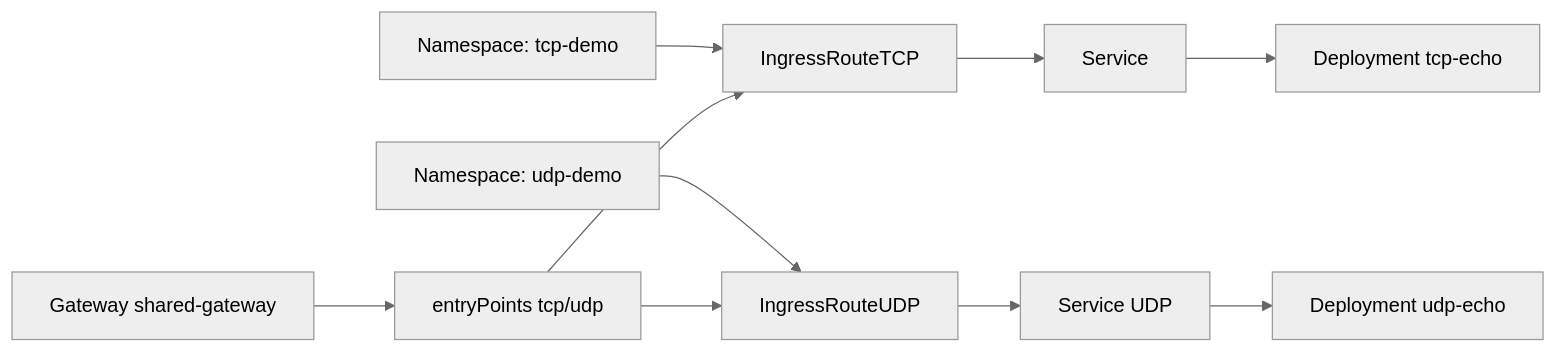
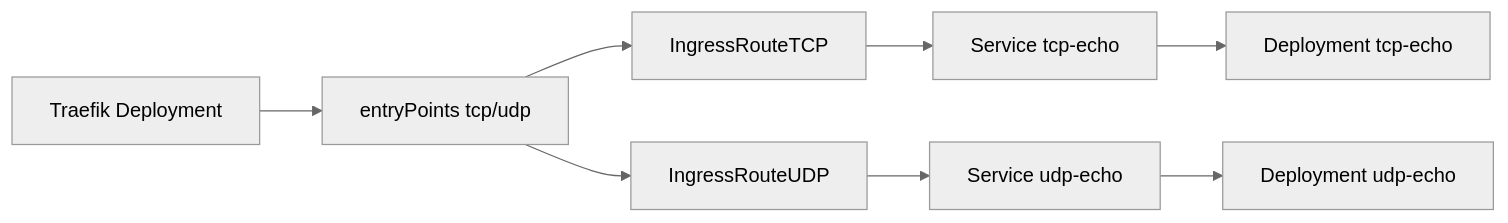
One commit to Hoangvu75/k8s_manifest changed the fifth of 5 diagrams in .qoder/repowiki/en/content/Playground Applications/Demo Applications/TCP Echo Demo Application.md. Above: the diagram before and after it, drawn with Mermaid (neutral theme). The commit also changed other lines of this file and 10 other files, not shown here.

````diff
--- a/.qoder/repowiki/en/content/Playground Applications/Demo Applications/TCP Echo Demo Application.md
+++ b/.qoder/repowiki/en/content/Playground Applications/Demo Applications/TCP Echo Demo Application.md
@@ -252,12 +272,10 @@
 ```mermaid
 graph LR
-NS1["Namespace: tcp-demo"] --> IR["IngressRouteTCP"]
-NS2["Namespace: udp-demo"] --> IRU["IngressRouteUDP"]
-IR --> SVC["Service"]
-IRU --> SVCU["Service UDP"]
+TR["Traefik Deployment"] --> EP["entryPoints tcp/udp"]
+EP --> IRT["IngressRouteTCP"]
+EP --> IRU["IngressRouteUDP"]
+IRT --> SVC["Service tcp-echo"]
+IRU --> SVCU["Service udp-echo"]
 SVC --> DEP["Deployment tcp-echo"]
 SVCU --> DEPU["Deployment udp-echo"]
-GW["Gateway shared-gateway"] --> EP["entryPoints tcp/udp"]
-EP --> IR
-EP --> IRU
 ```
````
